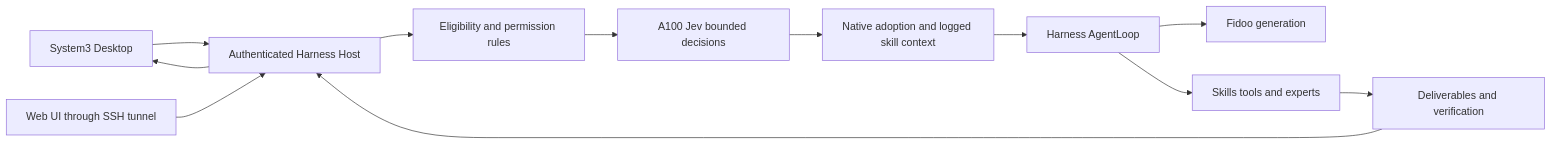
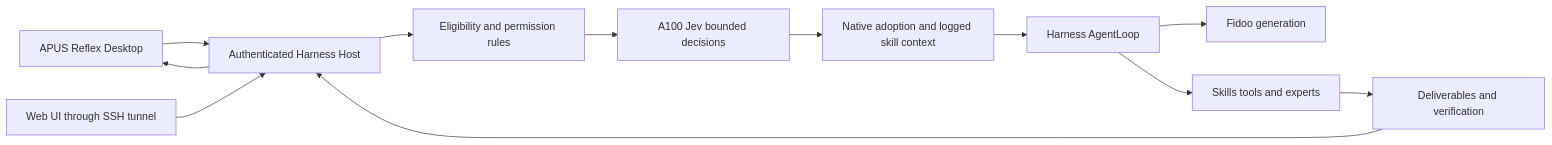
One commit to APUS-AI-Lab/APUS-Reflex-Agent changed the diagram in docs/feat-system3-g1/implementation.md. Above: the diagram before and after it, drawn with Mermaid. The commit also changed 600 other files, not shown here.

Commit message:
fix(brand): unify APUS Reflex identity and remove private work records

````diff
--- a/docs/feat-system3-g1/implementation.md
+++ b/docs/feat-system3-g1/implementation.md
@@ -11,14 +11,14 @@
 ```mermaid
 flowchart LR
-  Desktop[System3 Desktop] --> Host[Authenticated Harness Host]
+  Desktop[APUS Reflex Desktop] --> Host[Authenticated Harness Host]
   Browser[Web UI through SSH tunnel] --> Host
   Host --> Rules[Eligibility and permission rules]
   Rules --> Jev[A100 Jev bounded decisions]
   Jev --> Adopt[Native adoption and logged skill context]
   Adopt --> Loop[Harness AgentLoop]
   Loop --> Fidoo[Fidoo generation]
   Loop --> Tools[Skills tools and experts]
   Tools --> Evidence[Deliverables and verification]
   Evidence --> Host
   Host --> Desktop
 ```
````
